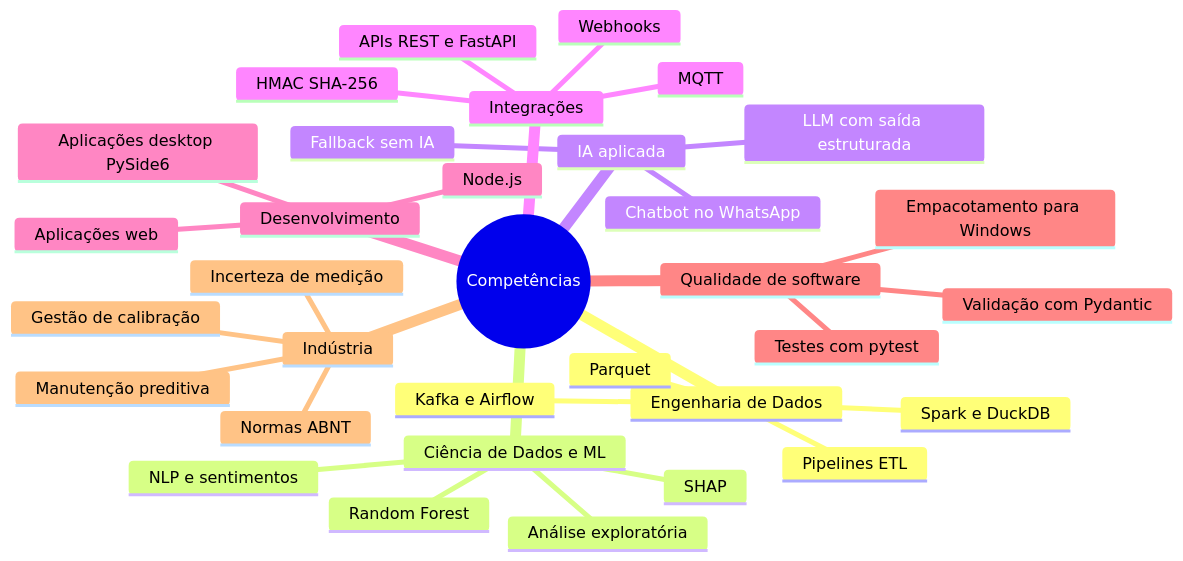
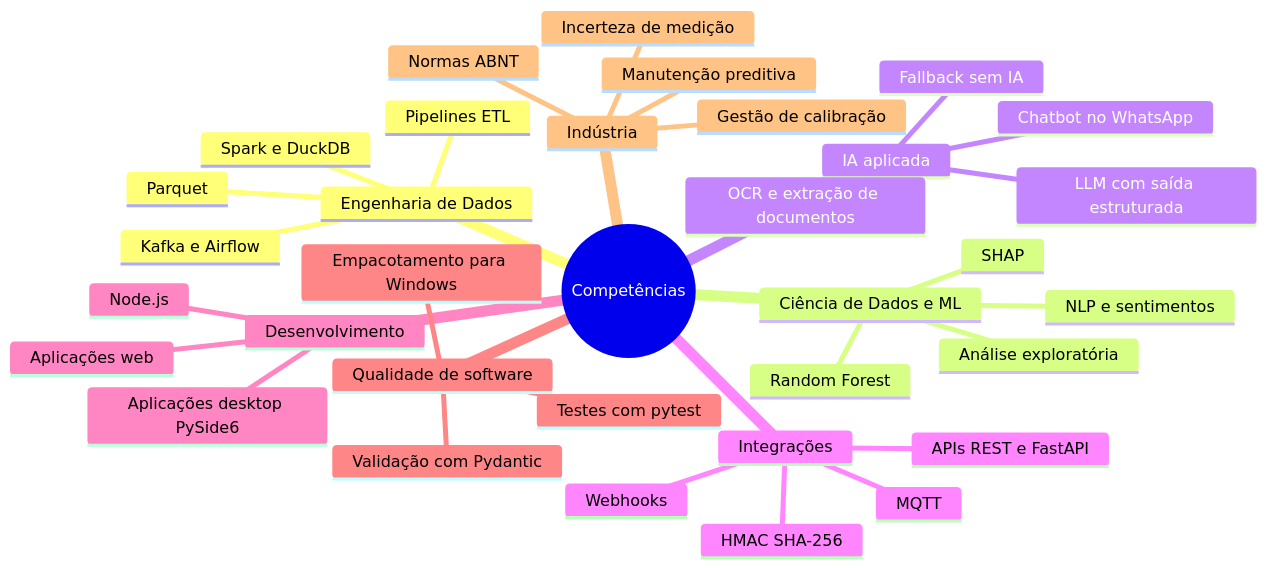
Before and after one commit to jcesarmph-ui/jcesarmph-ui: the second of 2 diagrams in README.pt-BR.md, drawn with Mermaid. The commit also changed other lines of this file and 1 other file, not shown here.

````diff
--- a/README.pt-BR.md
+++ b/README.pt-BR.md
@@ -336,36 +354,37 @@
 ```mermaid
 mindmap
   root((Competências))
     Engenharia de Dados
       Pipelines ETL
       Kafka e Airflow
       Spark e DuckDB
       Parquet
     Ciência de Dados e ML
       Análise exploratória
       Random Forest
       NLP e sentimentos
       SHAP
     IA aplicada
       LLM com saída estruturada
       Chatbot no WhatsApp
       Fallback sem IA
+      OCR e extração de documentos
     Integrações
       Webhooks
       APIs REST e FastAPI
       HMAC SHA-256
       MQTT
     Desenvolvimento
       Aplicações desktop PySide6
       Node.js
       Aplicações web
     Qualidade de software
       Testes com pytest
       Validação com Pydantic
       Empacotamento para Windows
     Indústria
       Gestão de calibração
       Incerteza de medição
       Normas ABNT
       Manutenção preditiva
 ```
````
